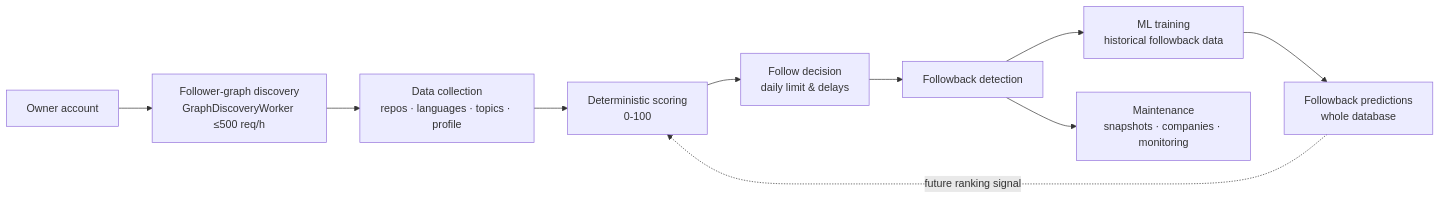
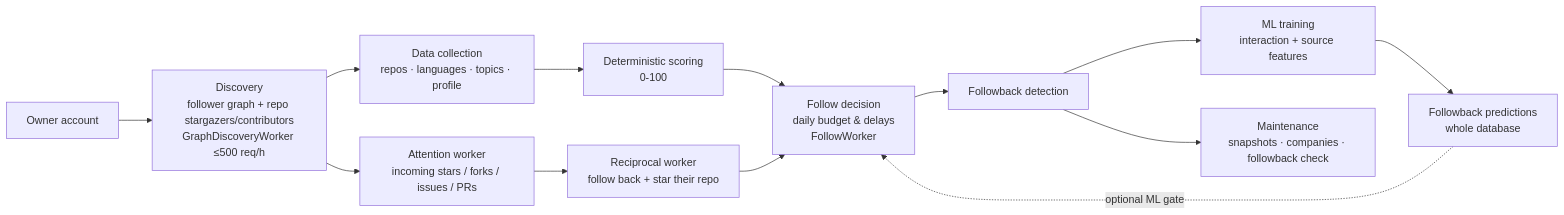
One commit to Lewickiy/github-social-agent changed the diagram in README.md. Above: the diagram before and after it, drawn with Mermaid. The commit also changed other lines of this file, not shown here.

Commit message:
docs: rewrite README to match current state — new workers, ML gate, auto-migrations

````diff
--- a/README.md
+++ b/README.md
@@ -107,20 +117,26 @@
 ```mermaid
 flowchart LR
-    A[Owner account] --> B[Follower-graph discovery<br/>GraphDiscoveryWorker ≤500 req/h]
+    A[Owner account] --> B[Discovery<br/>follower graph + repo stargazers/contributors<br/>GraphDiscoveryWorker ≤500 req/h]
 
     B --> C[Data collection<br/>repos · languages · topics · profile]
 
     C --> D[Deterministic scoring<br/>0-100]
 
-    D --> E[Follow decision<br/>daily limit & delays]
+    D --> E[Follow decision<br/>daily budget & delays<br/>FollowWorker]
 
     E --> F[Followback detection]
 
-    F --> G[ML training<br/>historical followback data]
+    F --> G[ML training<br/>interaction + source features]
 
     G --> H[Followback predictions<br/>whole database]
 
-    H -. future ranking signal .-> D
+    H -. optional ML gate .-> E
 
-    F --> I[Maintenance<br/>snapshots · companies · monitoring]
+    F --> I[Maintenance<br/>snapshots · companies · followback check]
+
+    B --> J[Attention worker<br/>incoming stars / forks / issues / PRs]
+
+    J --> K[Reciprocal worker<br/>follow back + star their repo]
+
+    K --> E
 ```
````
